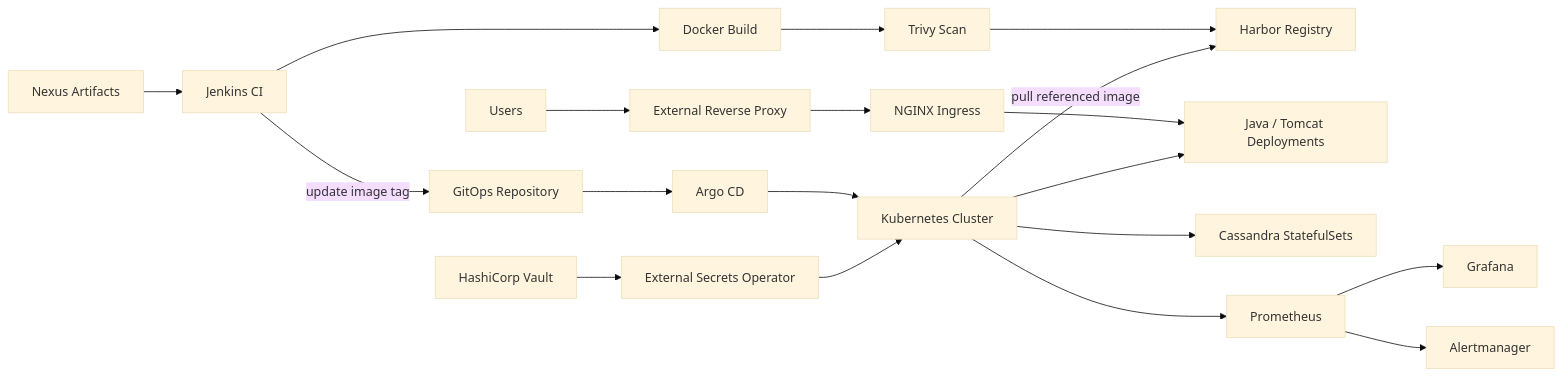
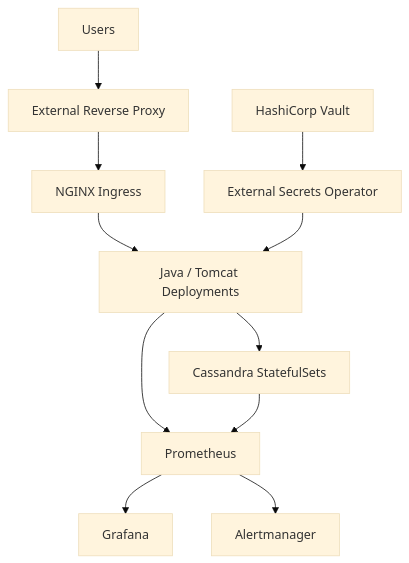
Before and after one commit to Mechida-Aymen/kubernetes-gitops-case-study: the second of 2 diagrams in README.md, drawn with Mermaid (base theme). The commit also changed other lines of this file, not shown here.

Commit message:
Split architecture into clearer deployment and runtime views

````diff
--- a/README.md
+++ b/README.md
@@ -51,26 +71,16 @@
 ```mermaid
-flowchart LR
-    NEXUS[Nexus Artifacts] --> JENKINS[Jenkins CI]
-    JENKINS --> BUILD[Docker Build]
-    BUILD --> TRIVY[Trivy Scan]
-    TRIVY --> HARBOR[Harbor Registry]
-
-    JENKINS -->|update image tag| GIT[GitOps Repository]
-    GIT --> ARGO[Argo CD]
-    ARGO --> K8S[Kubernetes Cluster]
-    K8S -->|pull referenced image| HARBOR
-
-    USER[Users] --> RP[External Reverse Proxy]
+flowchart TB
+    USERS[Users] --> RP[External Reverse Proxy]
     RP --> ING[NGINX Ingress]
     ING --> APP[Java / Tomcat Deployments]
 
-    K8S --> APP
-    K8S --> CASS[Cassandra StatefulSets]
+    APP --> CASS[Cassandra StatefulSets]
 
     VAULT[HashiCorp Vault] --> ESO[External Secrets Operator]
-    ESO --> K8S
+    ESO --> APP
 
-    K8S --> PROM[Prometheus]
+    APP --> PROM[Prometheus]
+    CASS --> PROM
     PROM --> GRAF[Grafana]
     PROM --> ALERT[Alertmanager]
 ```
````
